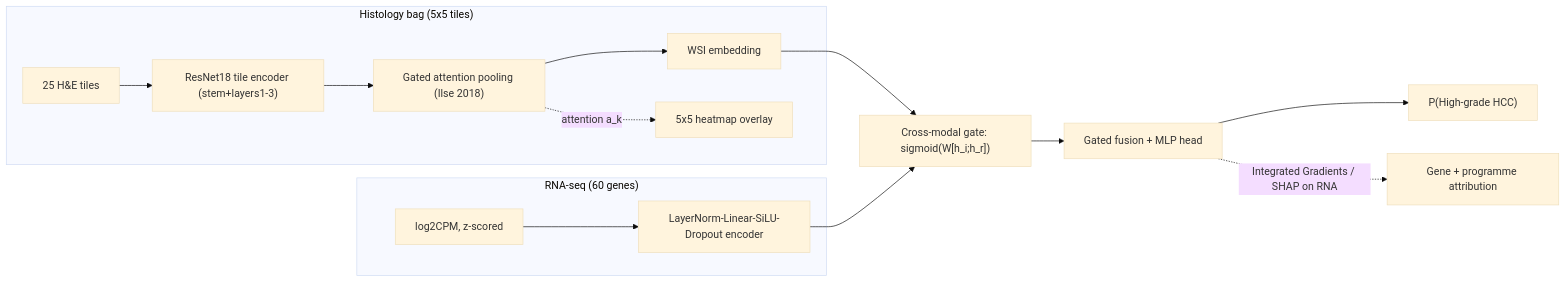
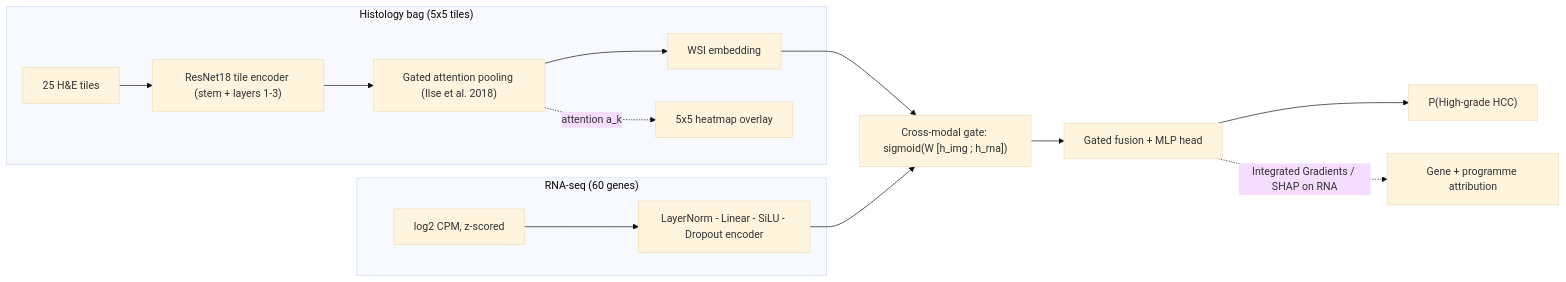
Before and after one commit to ms-afridi/HepatoFuse-XAI: the diagram in README.md, drawn with Mermaid (base theme). The commit also changed other lines of this file, not shown here.

````diff
--- a/README.md
+++ b/README.md
@@ -24,17 +26,17 @@
 ```mermaid
 flowchart LR
   subgraph WSI["Histology bag (5x5 tiles)"]
-    T["25 H&E tiles"] --> E["ResNet18 tile encoder (stem+layers1-3)"]
-    E --> A["Gated attention pooling (Ilse 2018)"]
+    T["25 H&E tiles"] --> E["ResNet18 tile encoder (stem + layers 1-3)"]
+    E --> A["Gated attention pooling (Ilse et al. 2018)"]
     A --> ZI["WSI embedding"]
     A -. "attention a_k" .-> H["5x5 heatmap overlay"]
   end
   subgraph RNA["RNA-seq (60 genes)"]
-    R["log2CPM, z-scored"] --> M["LayerNorm-Linear-SiLU-Dropout encoder"]
+    R["log2 CPM, z-scored"] --> M["LayerNorm - Linear - SiLU - Dropout encoder"]
   end
-  ZI --> G["Cross-modal gate: sigmoid(W[h_i;h_r])"]
+  ZI --> G["Cross-modal gate: sigmoid(W [h_img ; h_rna])"]
   M --> G
   G --> F["Gated fusion + MLP head"]
   F --> P["P(High-grade HCC)"]
   F -. "Integrated Gradients / SHAP on RNA" .-> X["Gene + programme attribution"]
 ```
````
